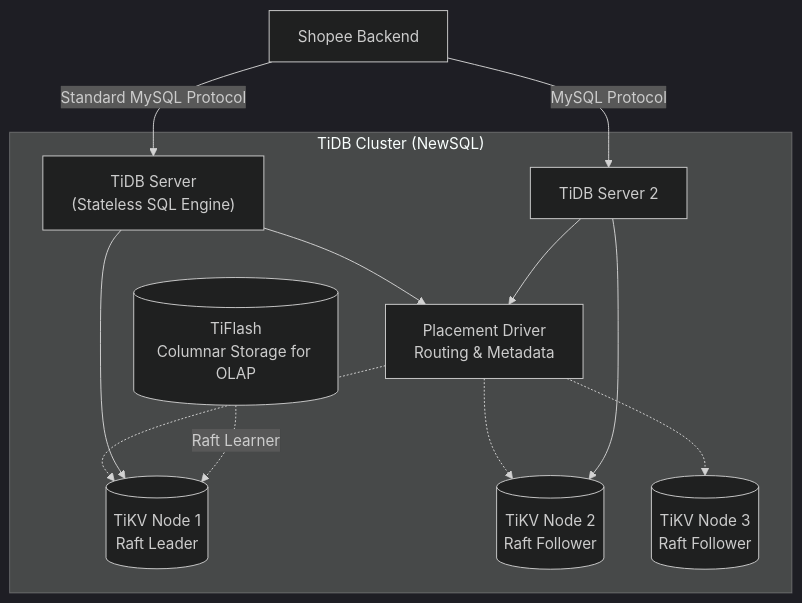
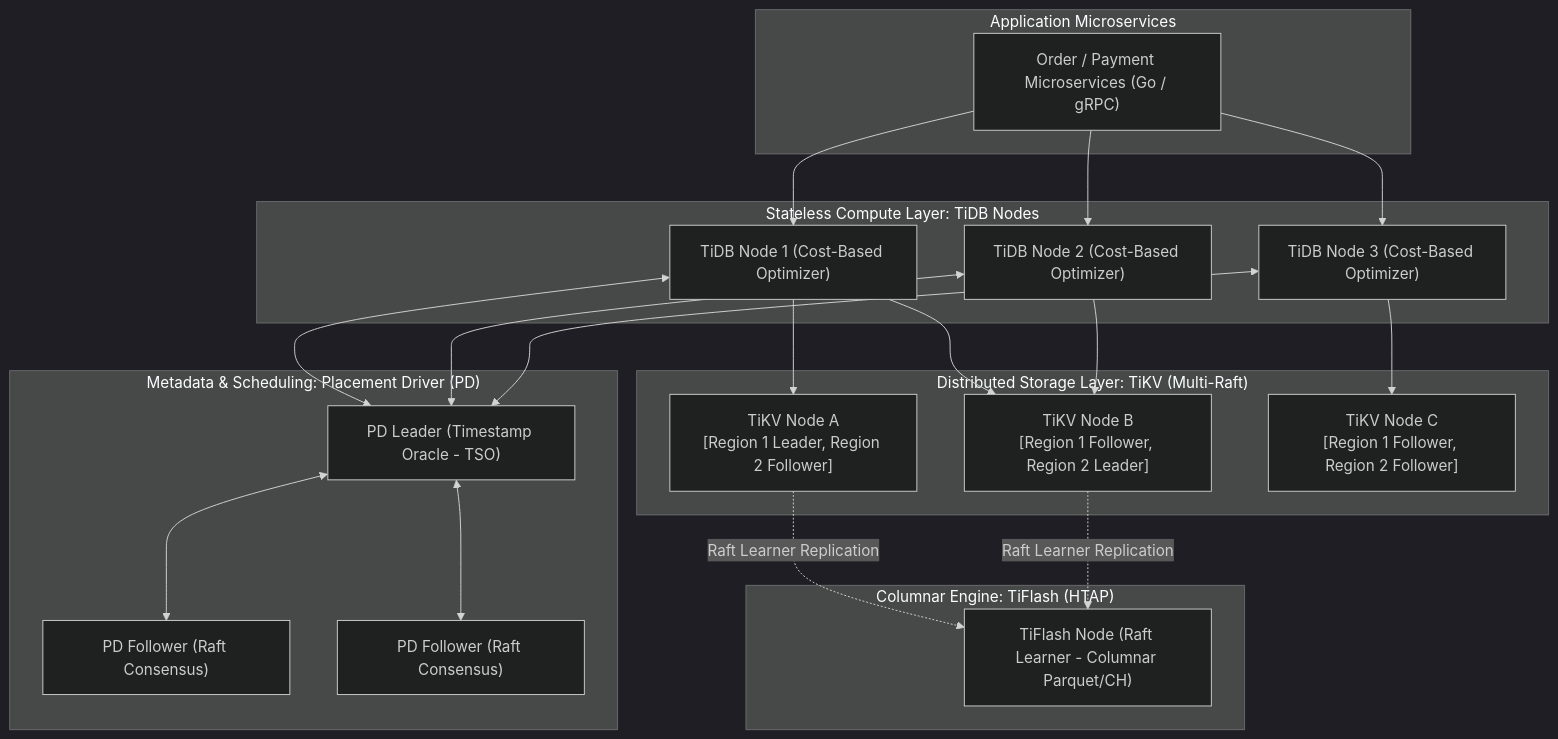
One commit to vesviet/vesviet changed the first of 2 diagrams in content/series/shopee-architecture/04-database-scale.md. Above: the diagram before and after it, drawn with Mermaid (dark theme). The commit also changed other lines of this file and 8 other files, not shown here.

Commit message:
feat(shopee-architecture): upgrade 2027 SOTA series with 100-round deep research, diagrams, and benchmarks

````diff
--- a/content/series/shopee-architecture/04-database-scale.md
+++ b/content/series/shopee-architecture/04-database-scale.md
@@ -59,19 +60,47 @@
 ```mermaid
-graph TD
-    App["Shopee Backend"] -->|"Standard MySQL Protocol"| TiDB["TiDB Server<br/>(Stateless SQL Engine)"]
-    App -->|"MySQL Protocol"| TiDB2["TiDB Server 2"]
-    
-    subgraph TiDB_Cluster__NewSQL ["TiDB Cluster  (NewSQL)"]
-        TiDB --> PD["Placement Driver<br/>Routing & Metadata"]
-        TiDB2 --> PD
-        
-        PD -.-> TiKV1[("TiKV Node 1<br/>Raft Leader")]
-        PD -.-> TiKV2[("TiKV Node 2<br/>Raft Follower")]
-        PD -.-> TiKV3[("TiKV Node 3<br/>Raft Follower")]
-        
-        TiDB --> TiKV1
-        TiDB2 --> TiKV2
-        
-        TiFlash[("TiFlash<br/>Columnar Storage for OLAP")] -.->|"Raft Learner"| TiKV1
+flowchart TD
+    subgraph ClientLayer["Application Microservices"]
+        GOSVC["Order / Payment Microservices (Go / gRPC)"]
     end
+
+    subgraph ComputeLayer["Stateless Compute Layer: TiDB Nodes"]
+        TIDB1["TiDB Node 1 (Cost-Based Optimizer)"]
+        TIDB2["TiDB Node 2 (Cost-Based Optimizer)"]
+        TIDB3["TiDB Node 3 (Cost-Based Optimizer)"]
+    end
+
+    subgraph CoordLayer["Metadata & Scheduling: Placement Driver (PD)"]
+        PD1["PD Leader (Timestamp Oracle - TSO)"]
+        PD2["PD Follower (Raft Consensus)"]
+        PD3["PD Follower (Raft Consensus)"]
+    end
+
+    subgraph StorageLayer["Distributed Storage Layer: TiKV (Multi-Raft)"]
+        TIKV1["TiKV Node A<br/>[Region 1 Leader, Region 2 Follower]"]
+        TIKV2["TiKV Node B<br/>[Region 1 Follower, Region 2 Leader]"]
+        TIKV3["TiKV Node C<br/>[Region 1 Follower, Region 2 Follower]"]
+    end
+
+    subgraph AnalyticalLayer["Columnar Engine: TiFlash (HTAP)"]
+        TIFLASH1["TiFlash Node (Raft Learner - Columnar Parquet/CH)"]
+    end
+
+    GOSVC --> TIDB1
+    GOSVC --> TIDB2
+    GOSVC --> TIDB3
+
+    TIDB1 <--> PD1
+    TIDB2 <--> PD1
+    TIDB3 <--> PD1
+
+    TIDB1 --> TIKV1
+    TIDB1 --> TIKV2
+    TIDB2 --> TIKV2
+    TIDB3 --> TIKV3
+
+    TIKV1 -. Raft Learner Replication .-> TIFLASH1
+    TIKV2 -. Raft Learner Replication .-> TIFLASH1
+
+    PD1 <--> PD2
+    PD1 <--> PD3
 ```
````
